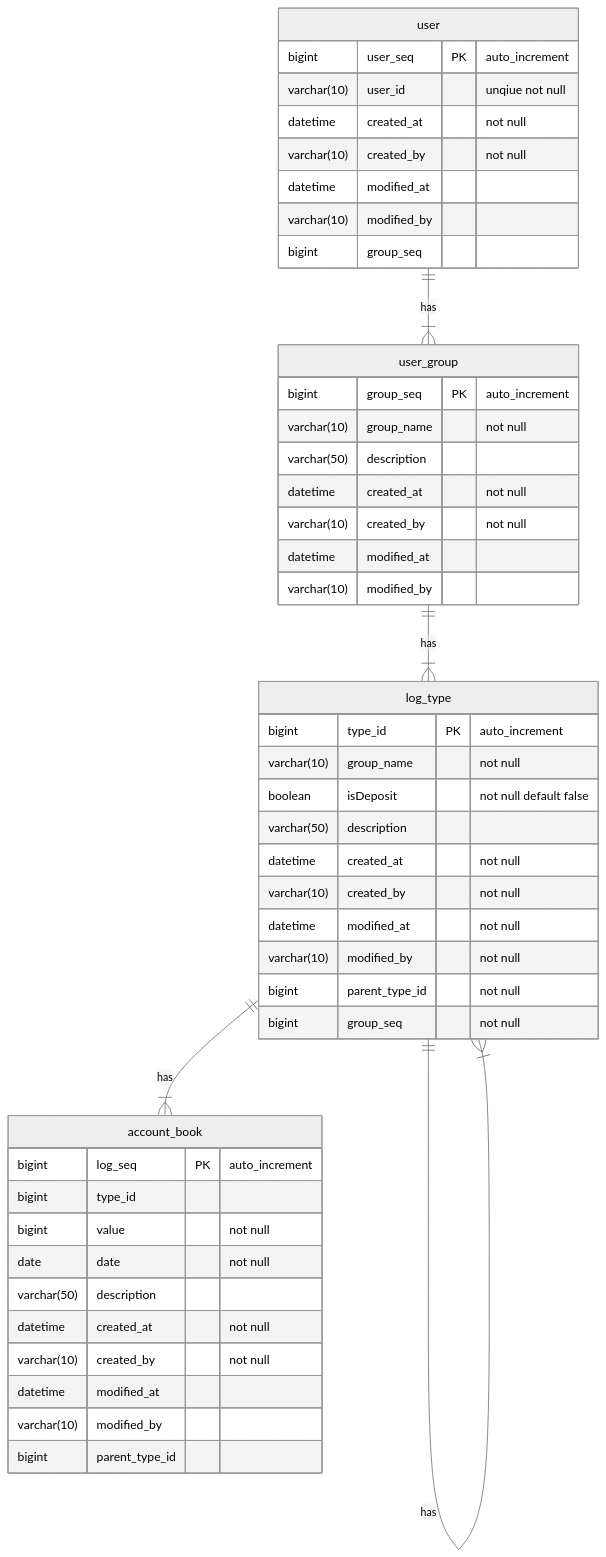
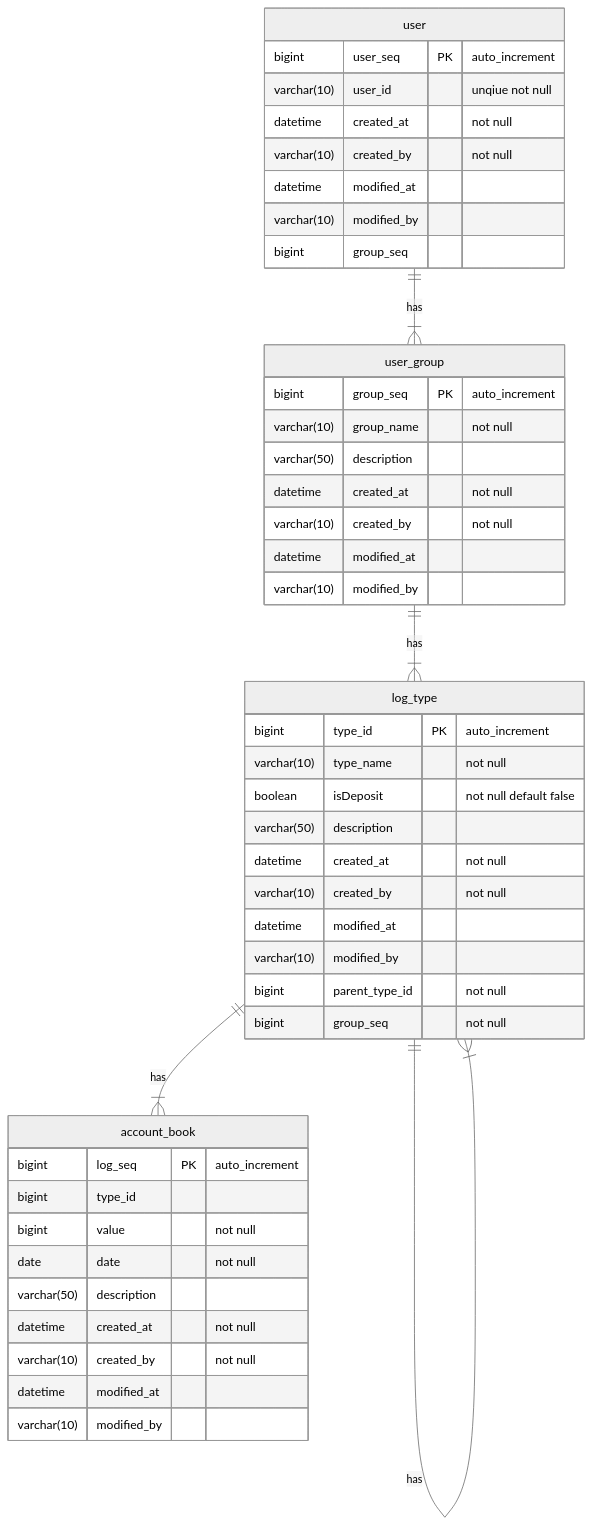
One commit to SeungHeeNoh/accountBook changed the diagram in README.md. Above: the diagram before and after it, drawn with Mermaid (neutral theme).

Commit message:
#4 잘못된 erd 정보 수정
잘못 작성된 erd 정보 수정

````diff
--- a/README.md
+++ b/README.md
@@ -11,50 +11,49 @@
 ```mermaid
 erDiagram
     user ||--|{ user_group : has
     user_group ||--|{ log_type : has
     log_type ||--|{ log_type : has
     log_type ||--|{ account_book : has
     user {
         bigint user_seq PK "auto_increment"
         varchar(10) user_id "unqiue not null"
         datetime created_at "not null"
         varchar(10) created_by "not null"
         datetime modified_at
         varchar(10) modified_by
         bigint group_seq
     }
     user_group {
         bigint group_seq PK "auto_increment"
         varchar(10) group_name "not null"
         varchar(50) description
         datetime created_at "not null"
         varchar(10) created_by "not null"
         datetime modified_at
         varchar(10) modified_by
     }
     log_type {
         bigint type_id PK "auto_increment"
-        varchar(10) group_name "not null"
+        varchar(10) type_name "not null"
         boolean isDeposit "not null default false"
         varchar(50) description
         datetime created_at "not null"
         varchar(10) created_by "not null"
-        datetime modified_at "not null"
-        varchar(10) modified_by "not null"
+        datetime modified_at
+        varchar(10) modified_by
         bigint parent_type_id "not null"
         bigint group_seq "not null"
     }
     account_book {
         bigint log_seq PK "auto_increment"
         bigint type_id
         bigint value "not null"
         date date "not null"
         varchar(50) description
         datetime created_at "not null"
         varchar(10) created_by "not null"
         datetime modified_at
         varchar(10) modified_by
-        bigint parent_type_id
     }
 
 ```
````
